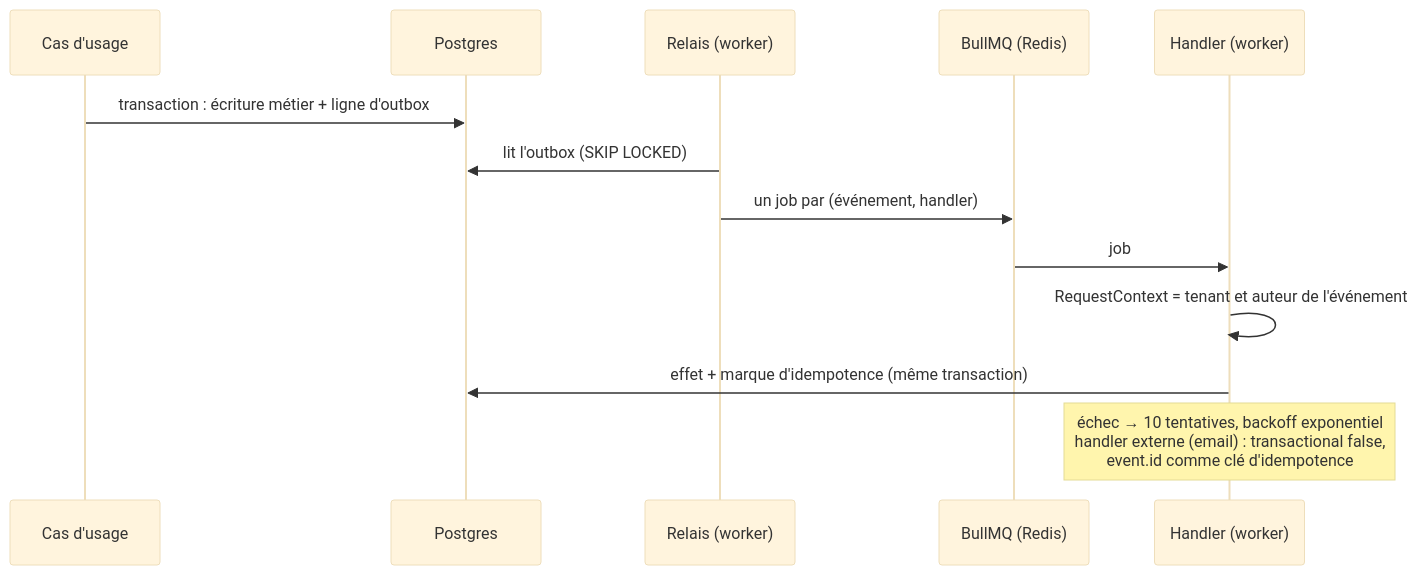
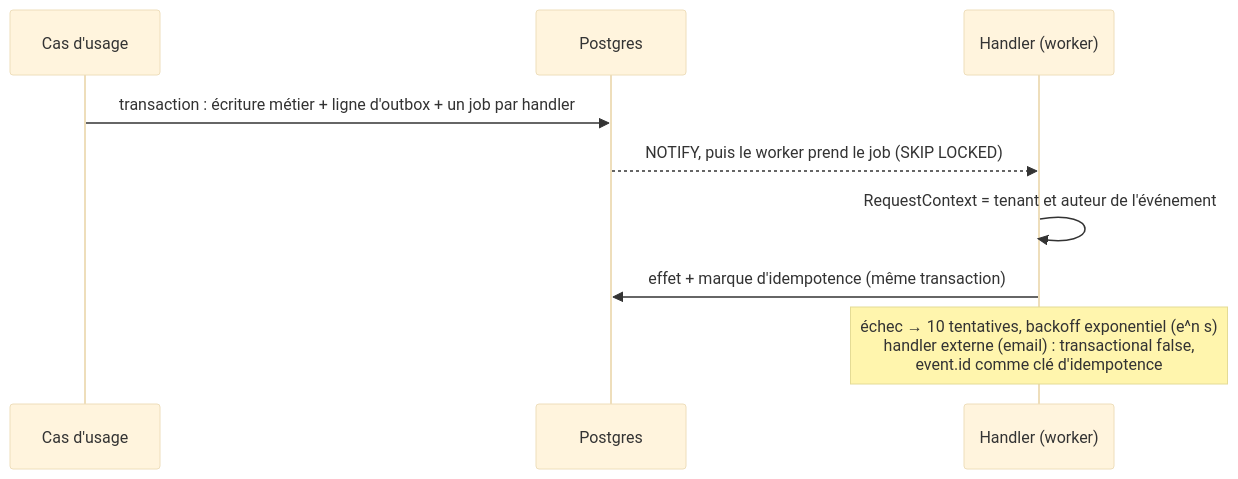
The fourth of 4 diagrams in docs/architecture/vue-d-ensemble.md (AlMoustapha01/monorepo-nx-react-nestjs), drawn with Mermaid (base theme) before and after one commit. The commit also changed other lines of this file and 40 other files, not shown here.

First line of the commit message:
refactor(api-core): move the job queue to Postgres with Graphile Worker

````diff
--- a/docs/architecture/vue-d-ensemble.md
+++ b/docs/architecture/vue-d-ensemble.md
@@ -88,15 +87,11 @@
 ```mermaid
 sequenceDiagram
   participant U as Cas d'usage
   participant DB as Postgres
-  participant Rel as Relais (worker)
-  participant Q as BullMQ (Redis)
   participant H as Handler (worker)
-  U->>DB: transaction : écriture métier + ligne d'outbox
-  Rel->>DB: lit l'outbox (SKIP LOCKED)
-  Rel->>Q: un job par (événement, handler)
-  Q->>H: job
+  U->>DB: transaction : écriture métier + ligne d'outbox + un job par handler
+  DB-->>H: NOTIFY, puis le worker prend le job (SKIP LOCKED)
   H->>H: RequestContext = tenant et auteur de l'événement
   H->>DB: effet + marque d'idempotence (même transaction)
-  Note over H: échec → 10 tentatives, backoff exponentiel<br>handler externe (email) : transactional false,<br>event.id comme clé d'idempotence
+  Note over H: échec → 10 tentatives, backoff exponentiel (e^n s)<br>handler externe (email) : transactional false,<br>event.id comme clé d'idempotence
 ```
````
